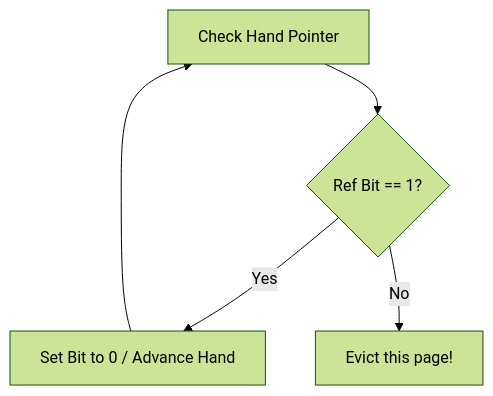
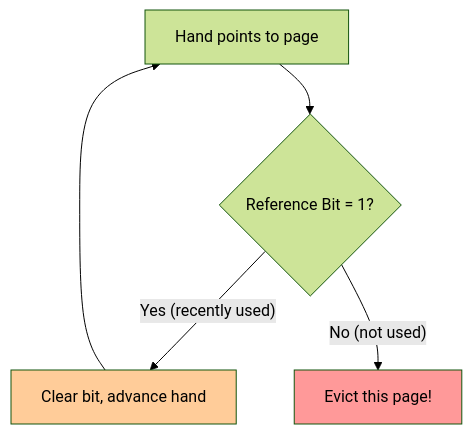
The sixth of 8 diagrams in content/CS2106/L9.md (Nathan0820/vault), drawn with Mermaid (forest theme) before and after one commit. The commit also changed other lines of this file and 2 other files, not shown here.

````diff
--- a/content/CS2106/L9.md
+++ b/content/CS2106/L9.md
@@ -135,7 +242,10 @@
 ```mermaid
 graph TD
-    Start[Check Hand Pointer] --> Bit{Ref Bit == 1?}
-    Bit -- Yes --> Clear[Set Bit to 0 / Advance Hand]
+    Start["Hand points to page"] --> Bit{"Reference Bit = 1?"}
+    Bit -- "Yes (recently used)" --> Clear["Clear bit, advance hand"]
     Clear --> Start
-    Bit -- No --> Evict[Evict this page!]
+    Bit -- "No (not used)" --> Evict["Evict this page!"]
+
+    style Evict fill:#ff9999
+    style Clear fill:#ffcc99
 ```
````
